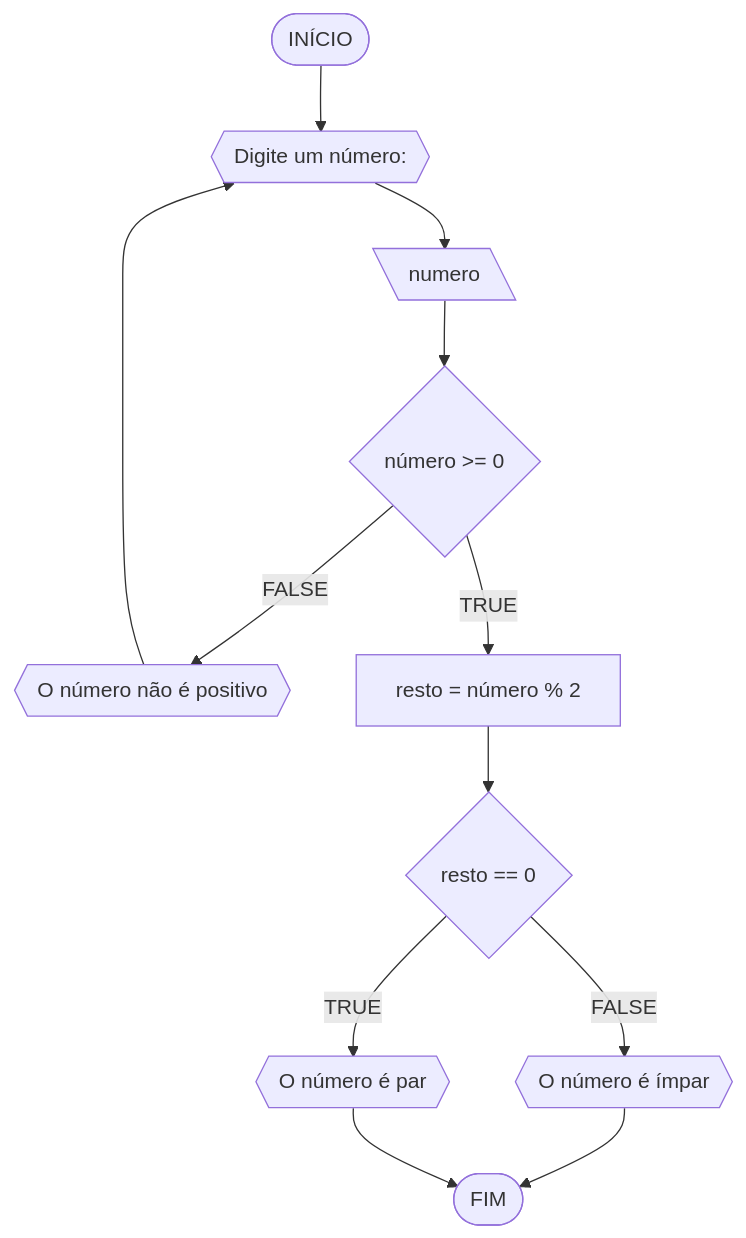
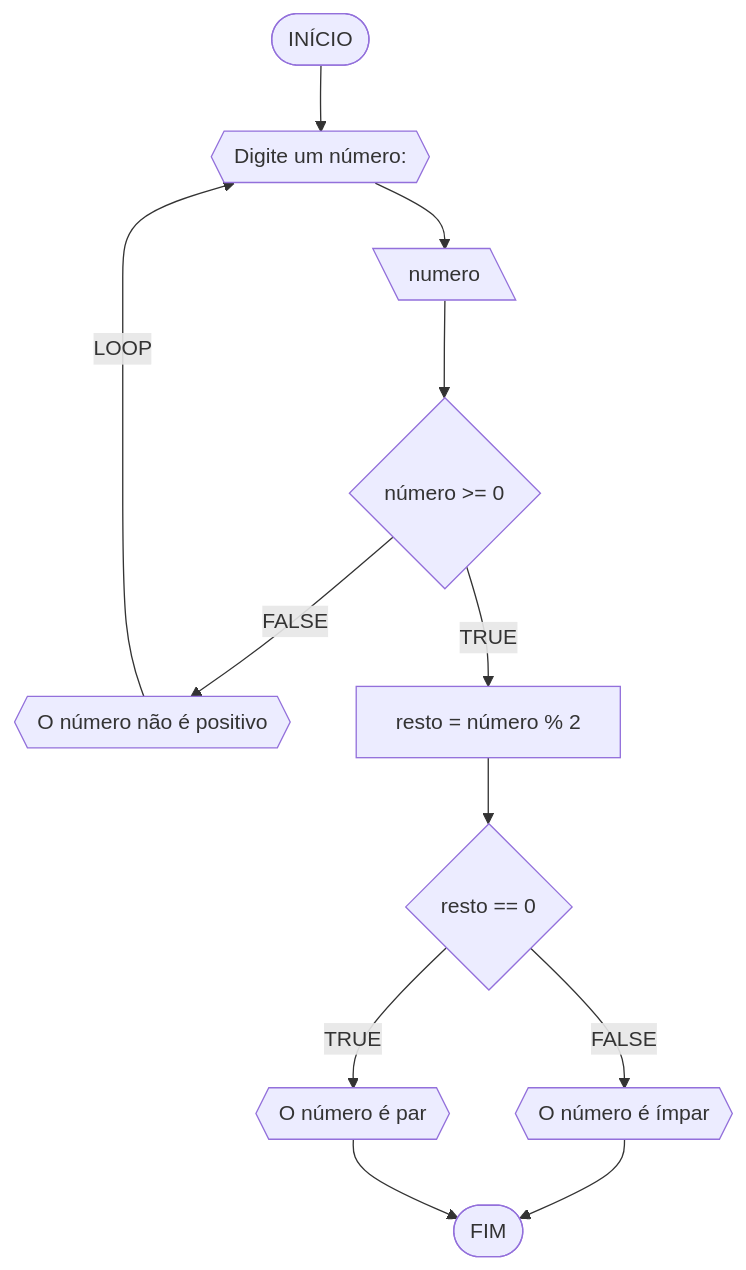
Before and after one commit to LucasCarreiro7/UNIFOR: the first of 4 diagrams in RLA/AF1/lista01.md, drawn with Mermaid. The commit also changed other lines of this file, not shown here.

````diff
--- a/RLA/AF1/lista01.md
+++ b/RLA/AF1/lista01.md
@@ -30,14 +30,14 @@
 ```mermaid
 flowchart TD
 A([INÍCIO]) --> B{{Digite um número:}}
 B --> C[\numero\]
 C --> D{número >= 0}
 D --FALSE--> E{{O número não é positivo}}
 D --TRUE--> F[resto = número % 2]
-E --> B
+E --LOOP--> B
 F --> G{resto == 0}
 G --FALSE--> H{{O número é ímpar}}
 G --TRUE--> I{{O número é par }}
 H --> Z([FIM])
 I --> Z([FIM])
 ```
````
